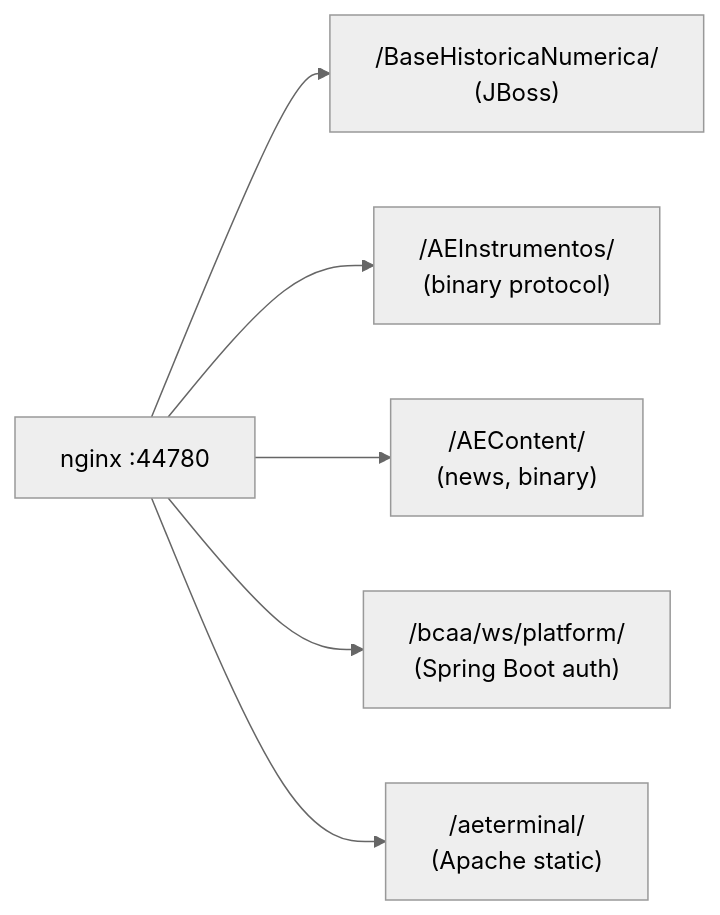
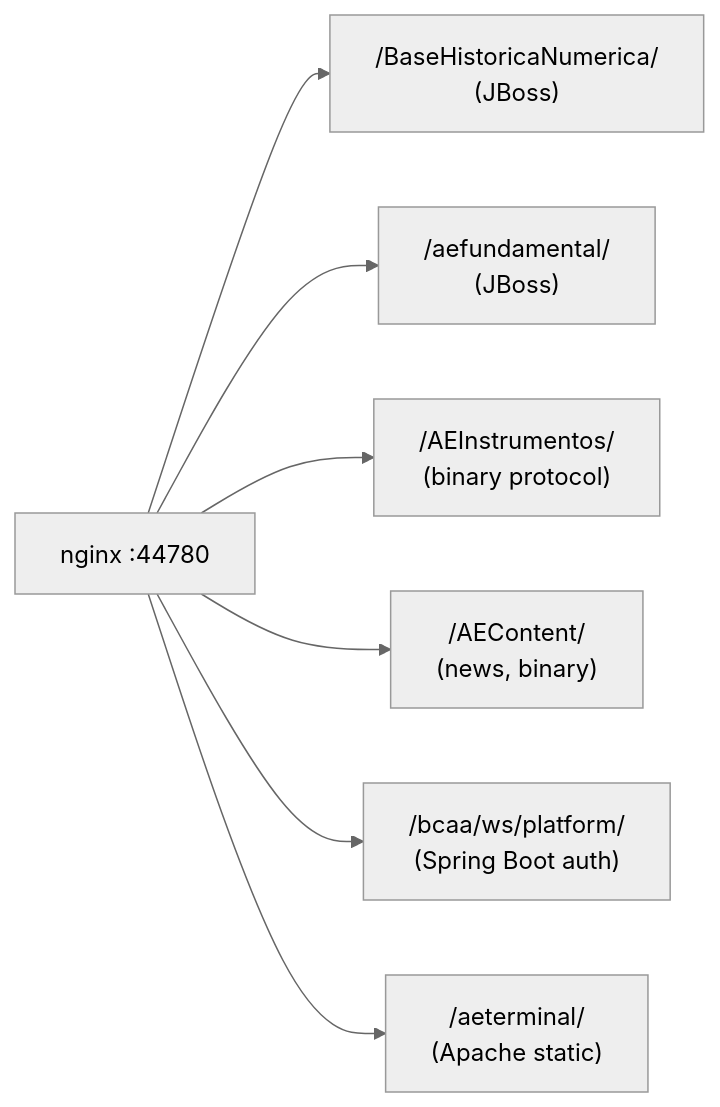
Before and after one commit to enzoomoreira/py-bcast: the second of 2 diagrams in docs/architecture.md, drawn with Mermaid (neutral theme). The commit also changed other lines of this file and 8 other files, not shown here.

````diff
--- a/docs/architecture.md
+++ b/docs/architecture.md
@@ -68,9 +72,10 @@
 ```mermaid
 graph LR
     nginx["nginx :44780"]
     nginx --> BHN["/BaseHistoricaNumerica/<br/>(JBoss)"]
+    nginx --> AEF["/aefundamental/<br/>(JBoss)"]
     nginx --> AEI["/AEInstrumentos/<br/>(binary protocol)"]
     nginx --> AEC["/AEContent/<br/>(news, binary)"]
     nginx --> BCAA["/bcaa/ws/platform/<br/>(Spring Boot auth)"]
     nginx --> AET["/aeterminal/<br/>(Apache static)"]
 ```
````
